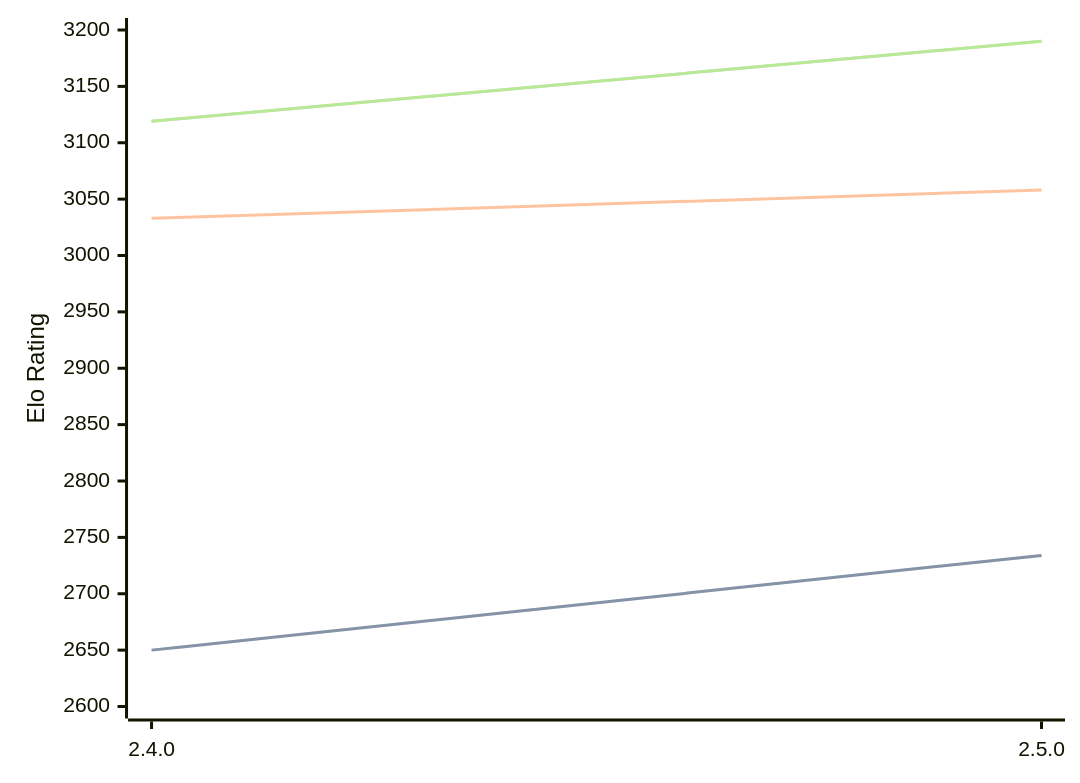
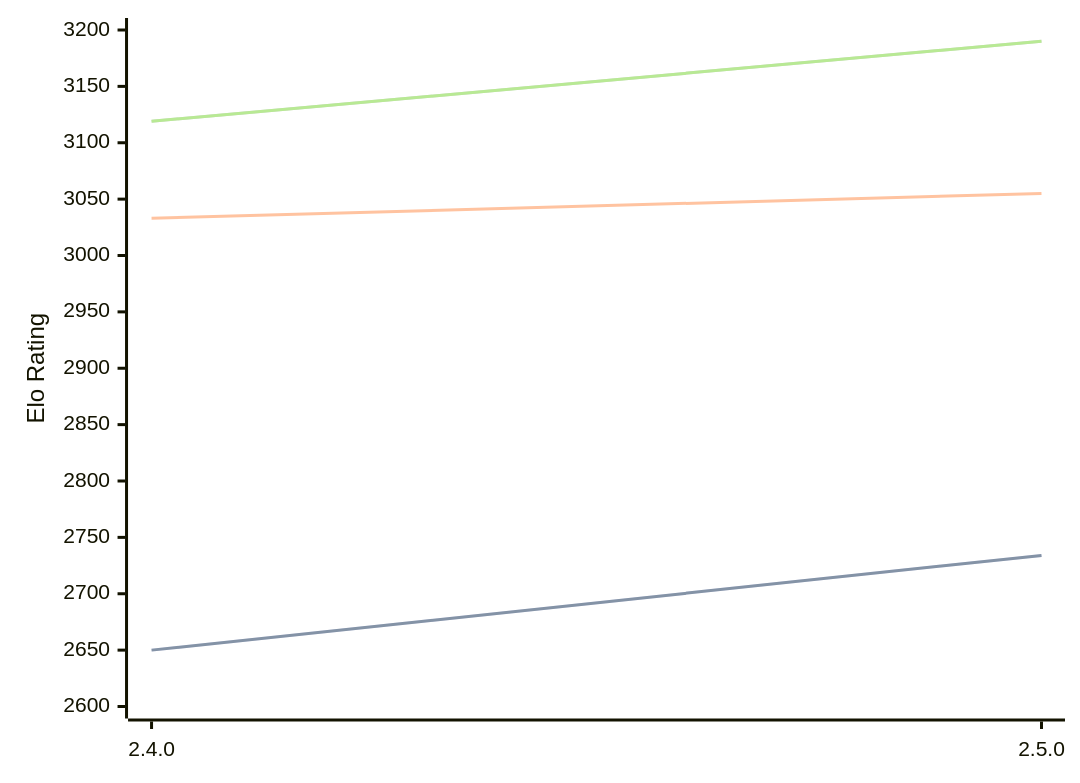
Before and after one commit to computer-chess-index/cci: the diagram in engines/Sturddle2.md, drawn with Mermaid. The commit also changed other lines of this file, not shown here.

````diff
--- a/engines/Sturddle2.md
+++ b/engines/Sturddle2.md
@@ -37,11 +37,11 @@
 ```mermaid
 %%{init: {"theme":"base","themeVariables":{"seriesColors:['#a3a3a3','#222221','#faa371']}}}%%
 xychart-beta
   x-axis ["2.4.0", "2.5.0"]
   y-axis "Elo Rating" 2600 --> 3200
   line "STC (8.0+0.08s)" [2650, 2734]
   line "STC (8.0+0.08s)" [2650, 2734]
-  line "LTC (60.0+0.60s)" [3033, 3058]
+  line "LTC (60.0+0.60s)" [3033, 3055]
   line "VLTC (2m24s+1.12s)" [3119, 3190]
   line "VLTC (2m24s+1.12s)" [3119, 3190]
 ```
````
